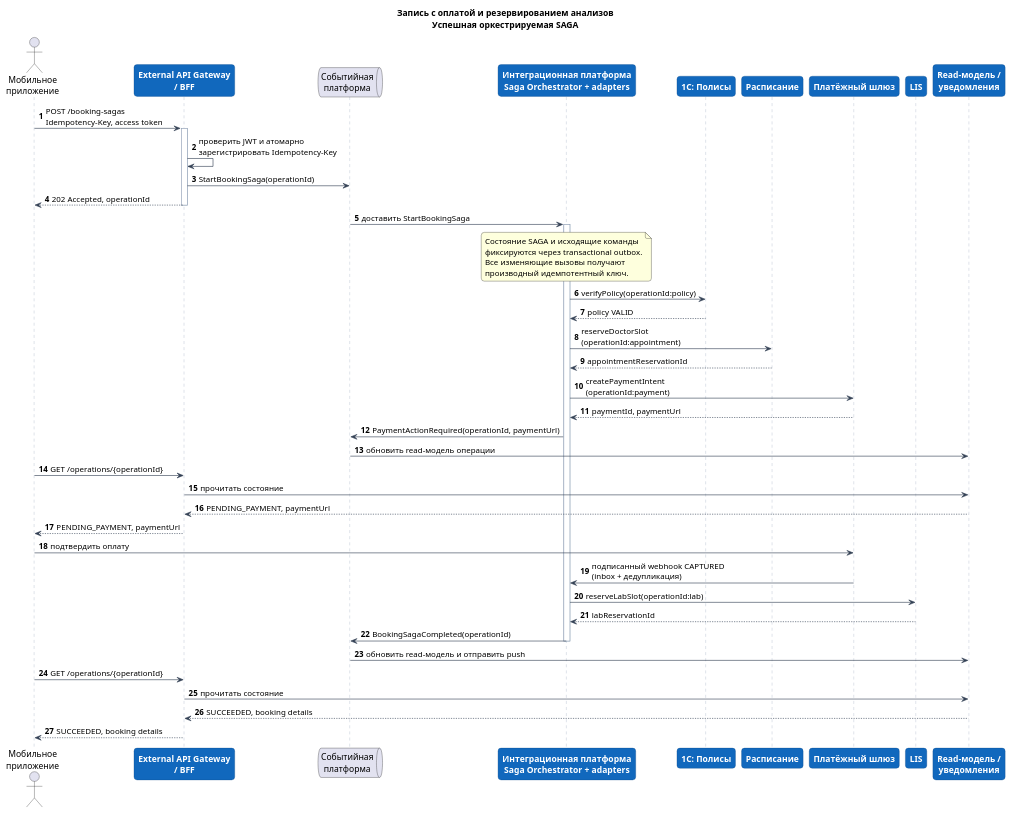
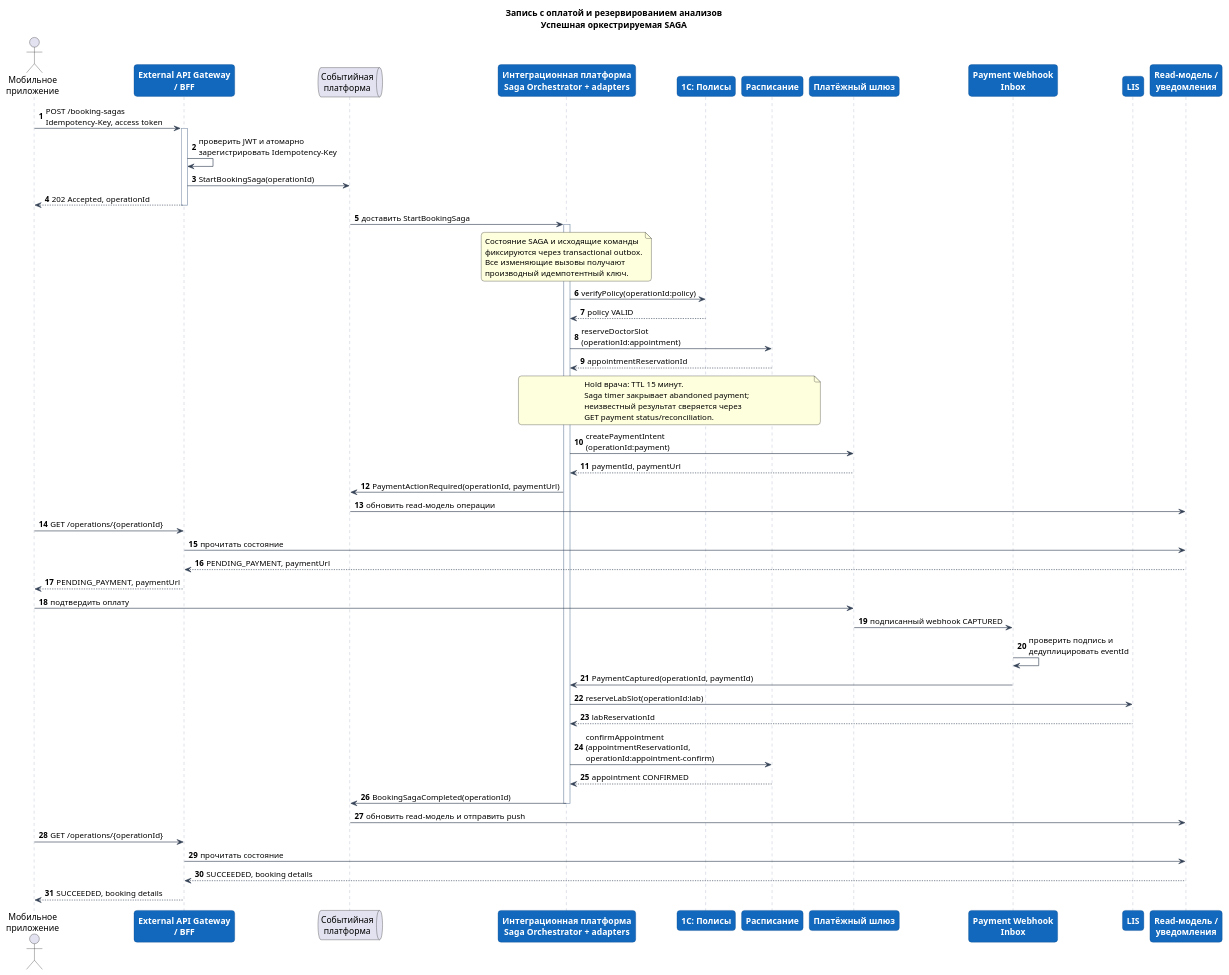
One commit to NovikovMS/Solution-Health changed the diagram in Task3.2/booking-saga.puml. Above: the diagram before and after it, drawn with PlantUML. The commit also changed 17 other files, not shown here.

```diff
--- a/Task3.2/booking-saga.puml
+++ b/Task3.2/booking-saga.puml
@@ -1,80 +1,92 @@
 @startuml
 title Запись с оплатой и резервированием анализов\nУспешная оркестрируемая SAGA
 
 skinparam backgroundColor white
 skinparam shadowing false
 skinparam roundcorner 10
 skinparam sequence {
   ArrowColor #334155
   LifeLineBorderColor #94A3B8
   LifeLineBackgroundColor white
   ParticipantBorderColor #0B4884
   ParticipantBackgroundColor #1168BD
   ParticipantFontColor white
   ParticipantFontStyle bold
   BoxBorderColor #CBD5E1
   BoxBackgroundColor #F8FAFC
   GroupBorderColor #64748B
   GroupBackgroundColor #F8FAFC
 }
 
 autonumber
 
 actor "Мобильное\nприложение" as Mobile
 participant "External API Gateway\n/ BFF" as BFF
 queue "Событийная\nплатформа" as Bus
 participant "Интеграционная платформа\nSaga Orchestrator + adapters" as Saga
 participant "1С: Полисы" as Policy
 participant "Расписание" as Schedule
 participant "Платёжный шлюз" as Payment
+participant "Payment Webhook\nInbox" as PaymentInbox
 participant "LIS" as LIS
 participant "Read-модель /\nуведомления" as Projection
 
 Mobile -> BFF: POST /booking-sagas\nIdempotency-Key, access token
 activate BFF
 BFF -> BFF: проверить JWT и атомарно\nзарегистрировать Idempotency-Key
 BFF -> Bus: StartBookingSaga(operationId)
 BFF --> Mobile: 202 Accepted, operationId
 deactivate BFF
 
 Bus -> Saga: доставить StartBookingSaga
 activate Saga
 note over Saga
   Состояние SAGA и исходящие команды
   фиксируются через transactional outbox.
   Все изменяющие вызовы получают
   производный идемпотентный ключ.
 end note
 
 Saga -> Policy: verifyPolicy(operationId:policy)
 Policy --> Saga: policy VALID
 
 Saga -> Schedule: reserveDoctorSlot\n(operationId:appointment)
 Schedule --> Saga: appointmentReservationId
+note over Saga, Schedule
+  Hold врача: TTL 15 минут.
+  Saga timer закрывает abandoned payment;
+  неизвестный результат сверяется через
+  GET payment status/reconciliation.
+end note
 
 Saga -> Payment: createPaymentIntent\n(operationId:payment)
 Payment --> Saga: paymentId, paymentUrl
 Saga -> Bus: PaymentActionRequired(operationId, paymentUrl)
 Bus -> Projection: обновить read-модель операции
 
 Mobile -> BFF: GET /operations/{operationId}
 BFF -> Projection: прочитать состояние
 Projection --> BFF: PENDING_PAYMENT, paymentUrl
 BFF --> Mobile: PENDING_PAYMENT, paymentUrl
 
 Mobile -> Payment: подтвердить оплату
-Payment -> Saga: подписанный webhook CAPTURED\n(inbox + дедупликация)
+Payment -> PaymentInbox: подписанный webhook CAPTURED
+PaymentInbox -> PaymentInbox: проверить подпись и\nдедуплицировать eventId
+PaymentInbox -> Saga: PaymentCaptured(operationId, paymentId)
 
 Saga -> LIS: reserveLabSlot(operationId:lab)
 LIS --> Saga: labReservationId
+
+Saga -> Schedule: confirmAppointment\n(appointmentReservationId,\noperationId:appointment-confirm)
+Schedule --> Saga: appointment CONFIRMED
 
 Saga -> Bus: BookingSagaCompleted(operationId)
 deactivate Saga
 Bus -> Projection: обновить read-модель и отправить push
 
 Mobile -> BFF: GET /operations/{operationId}
 BFF -> Projection: прочитать состояние
 Projection --> BFF: SUCCEEDED, booking details
 BFF --> Mobile: SUCCEEDED, booking details
 
 @enduml
```
